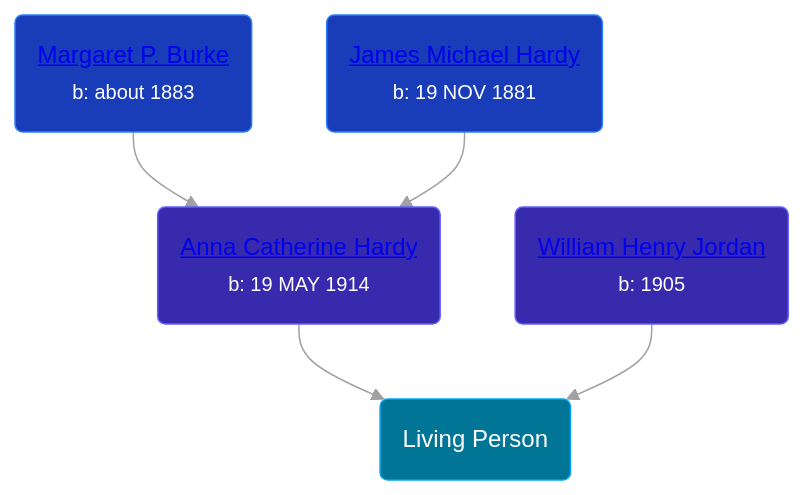
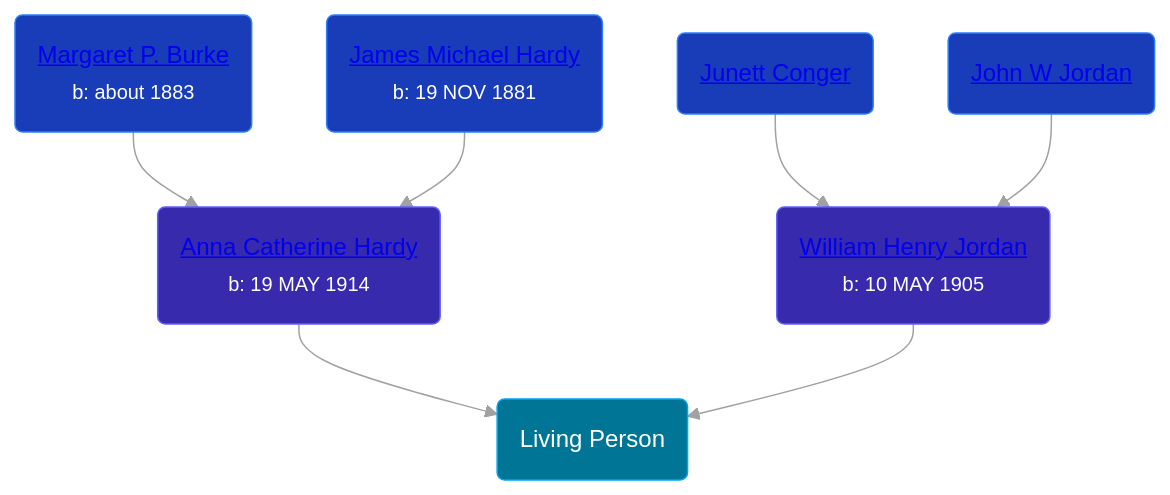
Before and after one commit to wpmgotkh/wpmgotkh.github.io: the diagram in pages/people/8/81156064.md, drawn with Mermaid. The commit also changed 257 other files, not shown here.

````diff
--- a/pages/people/8/81156064.md
+++ b/pages/people/8/81156064.md
@@ -10,12 +10,14 @@
 ```mermaid
 graph
 classDef grands fill:#193cb8,stroke:#2b7fff,stroke-width:1px,color:#fff;
 classDef parents fill:#372aac,stroke:#615fff,stroke-width:1px,color:#fff;
 classDef primary fill:#007595,stroke:#00a6f4,stroke-width:1px,color:#fff;
 81156064(Living Person):::primary
 25919759(<a class="text-white" href="/people/2/25919759">Anna Catherine Hardy</a><br /><small>b: 19 MAY 1914</small>):::parents-->81156064
 29782872(<a class="text-white" href="/people/2/29782872">Margaret P. Burke</a><br /><small>b: about 1883</small>):::grands-->25919759
 11204316(<a class="text-white" href="/people/1/11204316">James Michael Hardy</a><br /><small>b: 19 NOV 1881</small>):::grands-->25919759
-32091032(<a class="text-white" href="/people/3/32091032">William Henry Jordan</a><br /><small>b: 1905</small>):::parents-->81156064
+32091032(<a class="text-white" href="/people/3/32091032">William Henry Jordan</a><br /><small>b: 10 MAY 1905</small>):::parents-->81156064
+55321016(<a class="text-white" href="/people/5/55321016">Junett Conger</a>):::grands-->32091032
+97595723(<a class="text-white" href="/people/9/97595723">John W Jordan</a>):::grands-->32091032
 linkStyle default stroke:#a1a1a1
 ```
````
